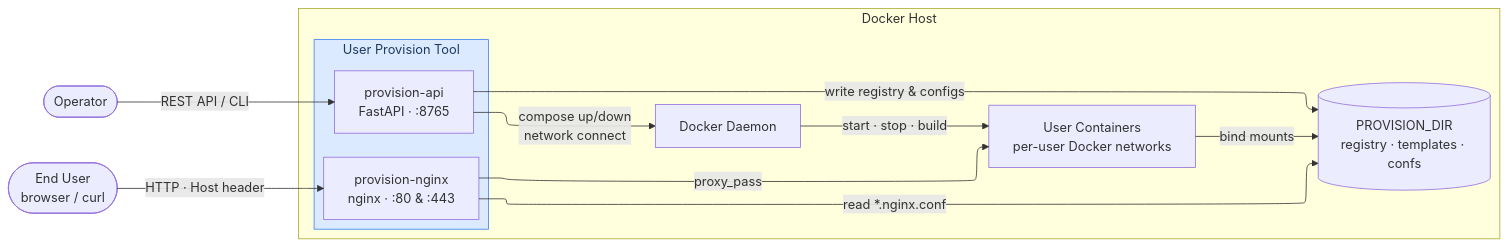
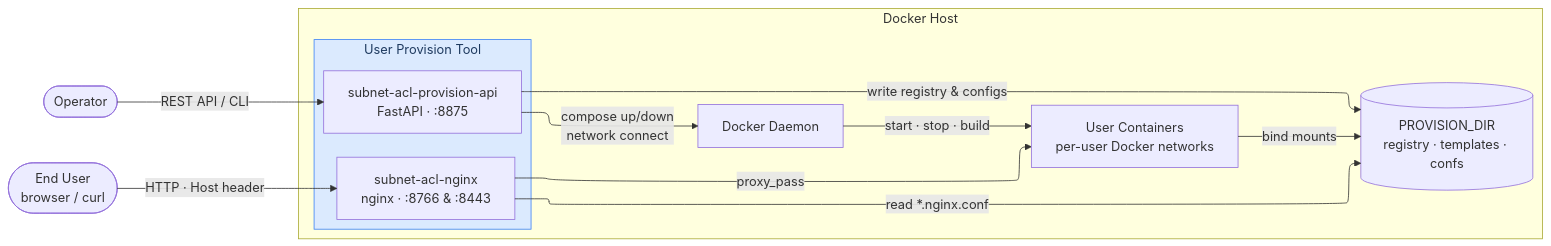
Before and after one commit to user-provision-tool/user_provision_tool: the diagram in docs/architecture.md, drawn with Mermaid. The commit also changed other lines of this file and 9 other files, not shown here.

Commit message:
docs: update docs and tests for subnet-acl merge

````diff
--- a/docs/architecture.md
+++ b/docs/architecture.md
@@ -5,32 +5,32 @@
 ```mermaid
 %%{init: {"flowchart": {"defaultRenderer": "elk"}, "elk": {"nodePlacementStrategy": "NETWORK_SIMPLEX", "edgeRouting": "SPLINES"}} }%%
 flowchart LR
     operator(["Operator"])
     end_user(["End User\nbrowser / curl"])
 
     subgraph host["Docker Host"]
         subgraph upt["User Provision Tool"]
             direction TB
-            provision_api["provision-api\nFastAPI · :8765"]
-            provision_nginx["provision-nginx\nnginx · :80 & :443"]
+            provision_api["subnet-acl-provision-api\nFastAPI · :8875"]
+            provision_nginx["subnet-acl-nginx\nnginx · :8766 & :8443"]
         end
 
         docker_daemon["Docker Daemon"]
         provision_dir[("PROVISION_DIR\nregistry · templates · confs")]
         user_nets["User Containers\nper-user Docker networks"]
     end
 
     operator -->|"REST API / CLI"| provision_api
     end_user -->|"HTTP · Host header"| provision_nginx
 
     provision_api -->|"compose up/down\nnetwork connect"| docker_daemon
     provision_api -->|"write registry & configs"| provision_dir
 
     provision_nginx -->|"read *.nginx.conf"| provision_dir
     provision_nginx -->|"proxy_pass"| user_nets
 
     docker_daemon -->|"start · stop · build"| user_nets
     user_nets -->|"bind mounts"| provision_dir
 
     style upt fill:#dbeafe,stroke:#3b82f6,color:#1e3a5f
 ```
````
